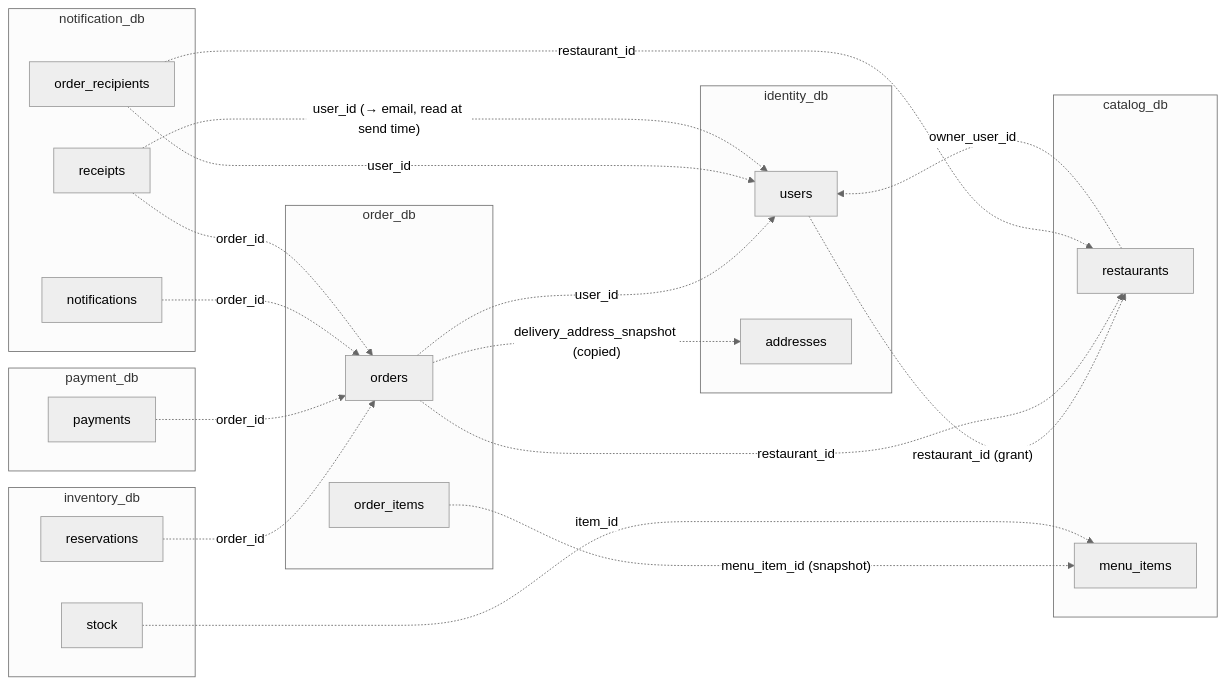
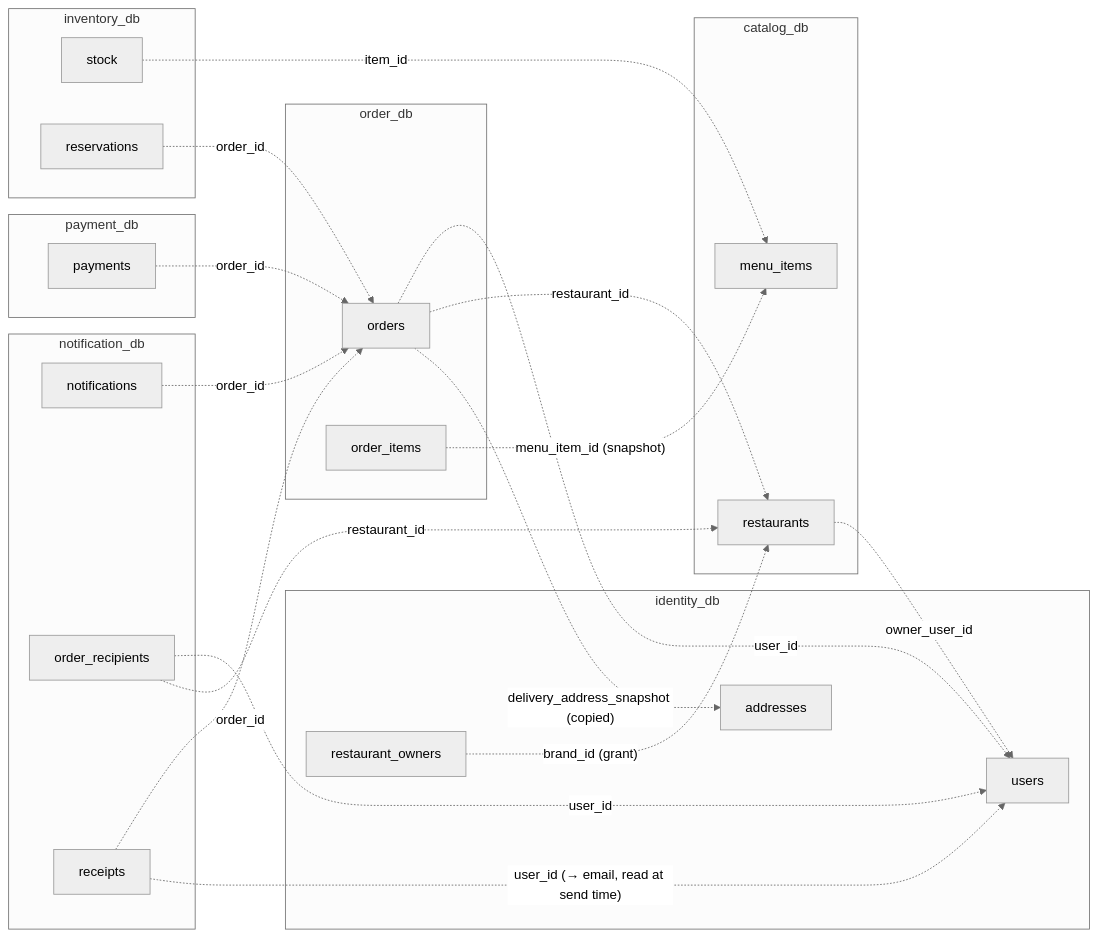
Before and after one commit to Aizazahmed-7/SmartFoodOps: the seventh of 7 diagrams in docs/erd.md, drawn with Mermaid (neutral theme). The commit also changed other lines of this file, not shown here.

Commit message:
feedback for identity erd

````diff
--- a/docs/erd.md
+++ b/docs/erd.md
@@ -494,42 +512,43 @@
 ```mermaid
 flowchart LR
     subgraph identity_db
         users[users]
+        restaurant_owners[restaurant_owners]
         addresses[addresses]
     end
     subgraph catalog_db
         restaurants[restaurants]
         menu_items[menu_items]
     end
     subgraph order_db
         orders[orders]
         order_items[order_items]
     end
     subgraph inventory_db
         stock[stock]
         reservations[reservations]
     end
     subgraph payment_db
         payments[payments]
     end
     subgraph notification_db
         notifications[notifications]
         order_recipients[order_recipients]
         receipts[receipts]
     end
 
     restaurants -. "owner_user_id" .-> users
-    users -. "restaurant_id (grant)" .-> restaurants
+    restaurant_owners -. "brand_id (grant)" .-> restaurants
     orders -. "user_id" .-> users
     orders -. "restaurant_id" .-> restaurants
     orders -. "delivery_address_snapshot (copied)" .-> addresses
     order_items -. "menu_item_id (snapshot)" .-> menu_items
     stock -. "item_id" .-> menu_items
     reservations -. "order_id" .-> orders
     payments -. "order_id" .-> orders
     notifications -. "order_id" .-> orders
     order_recipients -. "user_id" .-> users
     order_recipients -. "restaurant_id" .-> restaurants
     receipts -. "order_id" .-> orders
     receipts -. "user_id (→ email, read at send time)" .-> users
 ```
````
